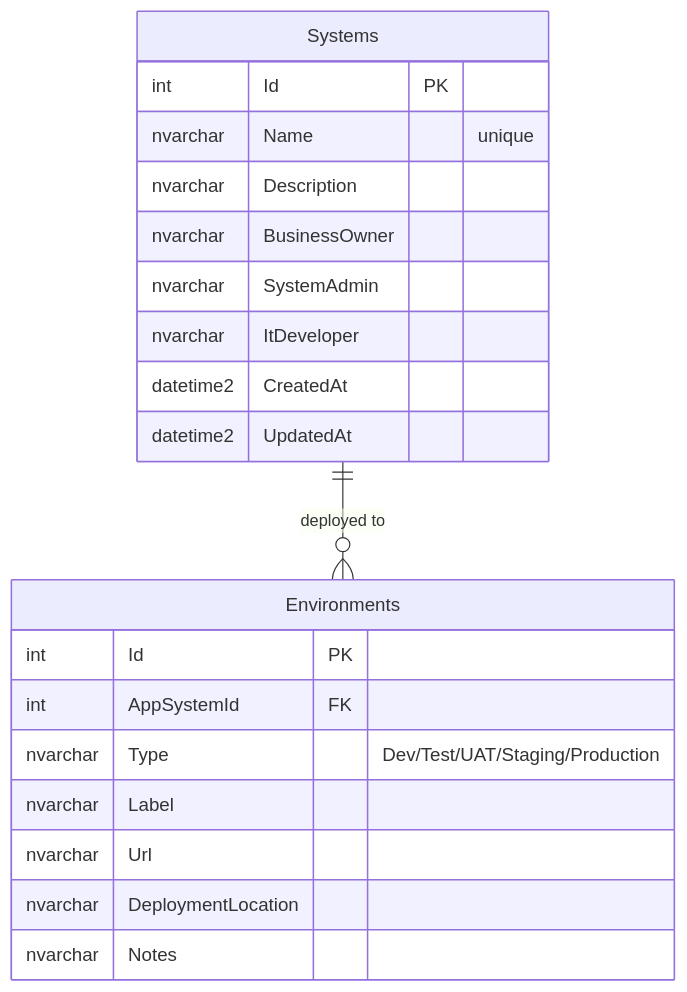
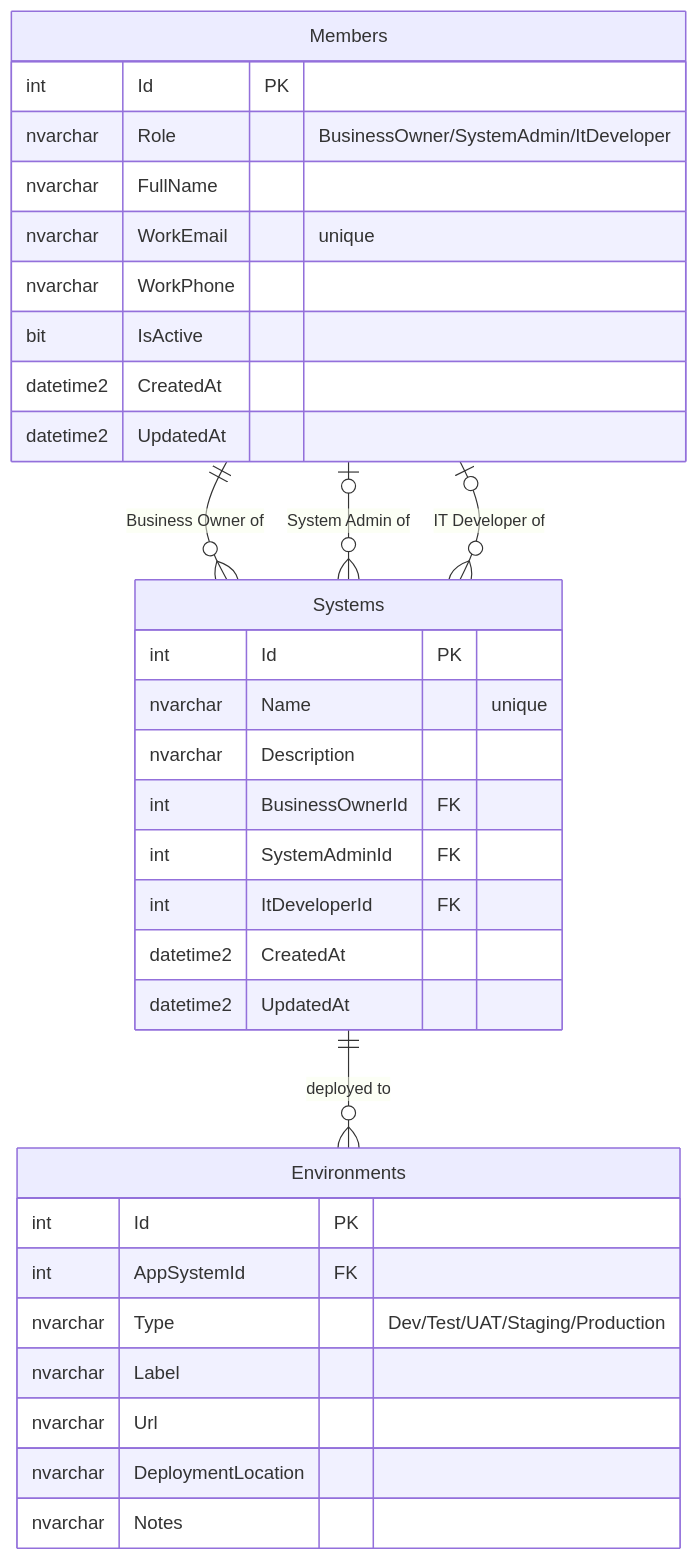
The third of 4 diagrams in README.md (n-5699/app-tracker), drawn with Mermaid before and after one commit. The commit also changed other lines of this file and 3 other files, not shown here.

````diff
--- a/README.md
+++ b/README.md
@@ -125,23 +142,36 @@
 ```mermaid
 erDiagram
     Systems ||--o{ Environments : "deployed to"
+    Members ||--o{ Systems : "Business Owner of"
+    Members |o--o{ Systems : "System Admin of"
+    Members |o--o{ Systems : "IT Developer of"
+    Members {
+        int Id PK
+        nvarchar Role "BusinessOwner/SystemAdmin/ItDeveloper"
+        nvarchar FullName
+        nvarchar WorkEmail "unique"
+        nvarchar WorkPhone
+        bit IsActive
+        datetime2 CreatedAt
+        datetime2 UpdatedAt
+    }
     Systems {
         int Id PK
         nvarchar Name "unique"
         nvarchar Description
-        nvarchar BusinessOwner
-        nvarchar SystemAdmin
-        nvarchar ItDeveloper
+        int BusinessOwnerId FK
+        int SystemAdminId FK
+        int ItDeveloperId FK
         datetime2 CreatedAt
         datetime2 UpdatedAt
     }
     Environments {
         int Id PK
         int AppSystemId FK
         nvarchar Type "Dev/Test/UAT/Staging/Production"
         nvarchar Label
         nvarchar Url
         nvarchar DeploymentLocation
         nvarchar Notes
     }
 ```
````
